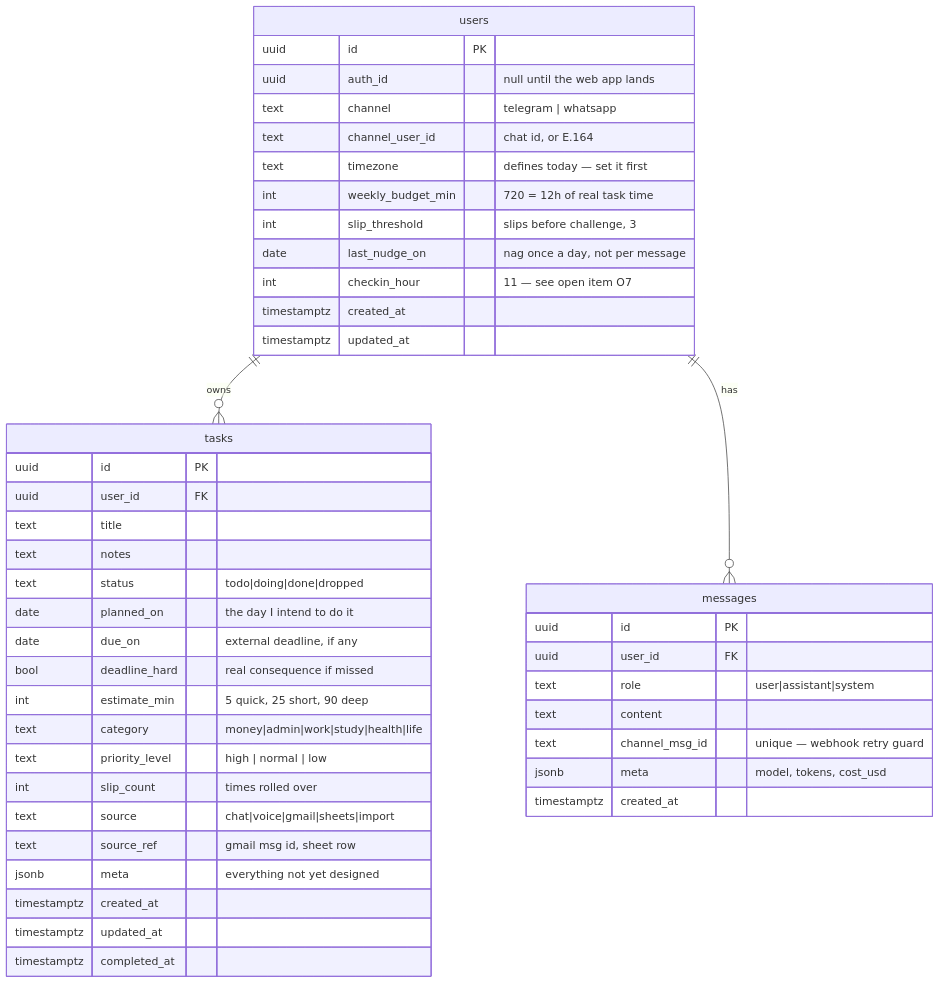
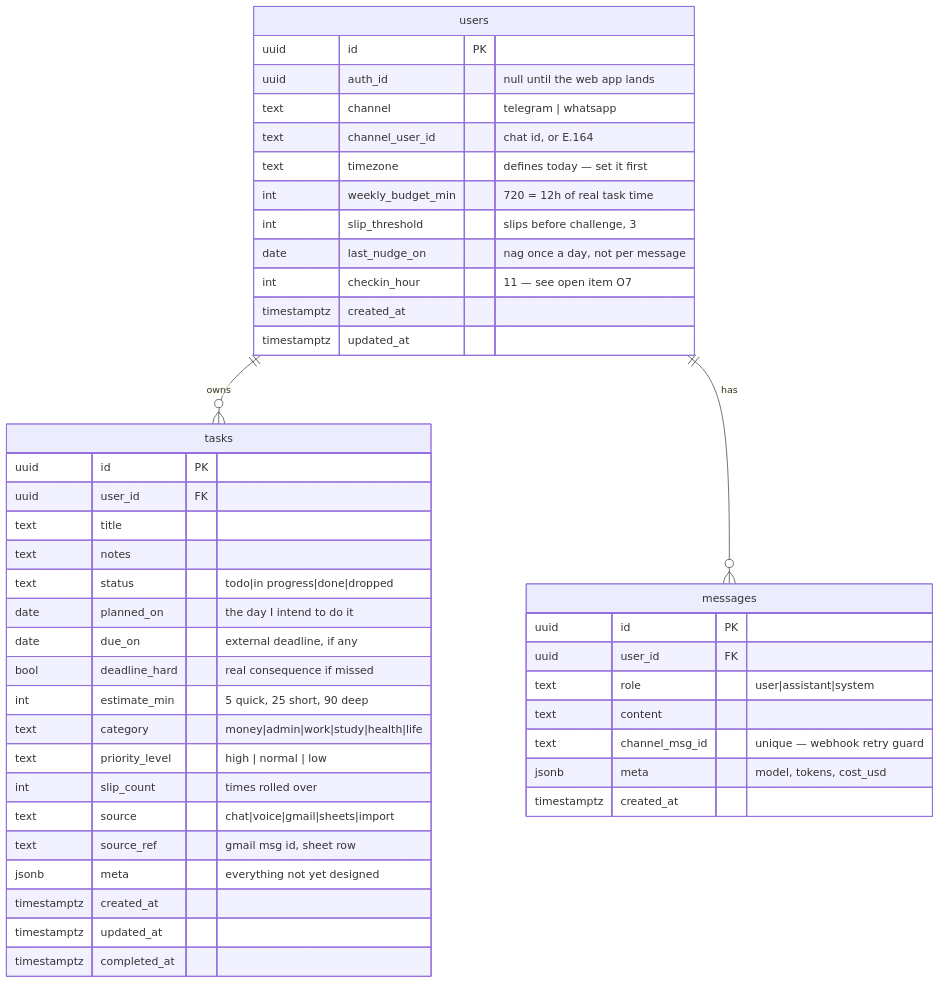
Before and after one commit to Rushi021/personal-assistant: the fifth of 7 diagrams in ARCHITECTURE-V1.md, drawn with Mermaid. The commit also changed other lines of this file and 19 other files, not shown here.

````diff
--- a/ARCHITECTURE-V1.md
+++ b/ARCHITECTURE-V1.md
@@ -237,48 +237,48 @@
 ```mermaid
 erDiagram
     users ||--o{ tasks : owns
     users ||--o{ messages : has
 
     users {
         uuid id PK
         uuid auth_id "null until the web app lands"
         text channel "telegram | whatsapp"
         text channel_user_id "chat id, or E.164"
         text timezone "defines today — set it first"
         int weekly_budget_min "720 = 12h of real task time"
         int slip_threshold "slips before challenge, 3"
         date last_nudge_on "nag once a day, not per message"
         int checkin_hour "11 — see open item O7"
         timestamptz created_at
         timestamptz updated_at
     }
     tasks {
         uuid id PK
         uuid user_id FK
         text title
         text notes
-        text status "todo|doing|done|dropped"
+        text status "todo|in progress|done|dropped"
         date planned_on "the day I intend to do it"
         date due_on "external deadline, if any"
         bool deadline_hard "real consequence if missed"
         int estimate_min "5 quick, 25 short, 90 deep"
         text category "money|admin|work|study|health|life"
         text priority_level "high | normal | low"
         int slip_count "times rolled over"
         text source "chat|voice|gmail|sheets|import"
         text source_ref "gmail msg id, sheet row"
         jsonb meta "everything not yet designed"
         timestamptz created_at
         timestamptz updated_at
         timestamptz completed_at
     }
     messages {
         uuid id PK
         uuid user_id FK
         text role "user|assistant|system"
         text content
         text channel_msg_id "unique — webhook retry guard"
         jsonb meta "model, tokens, cost_usd"
         timestamptz created_at
     }
 ```
````
